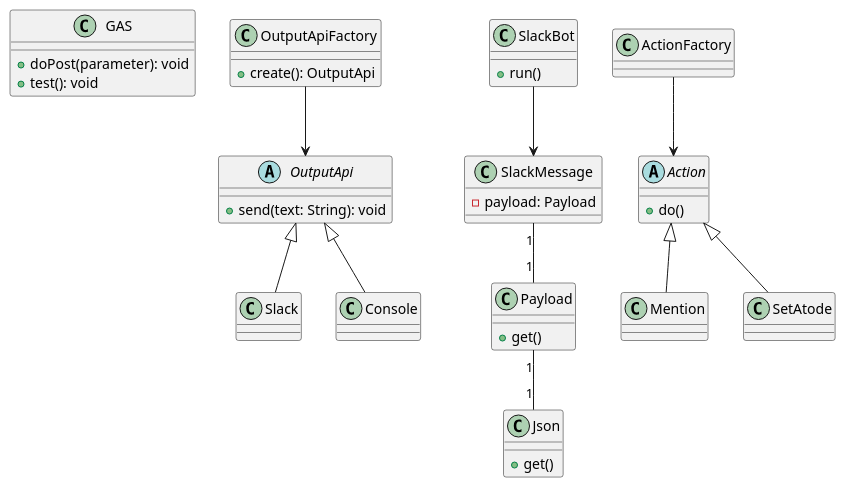
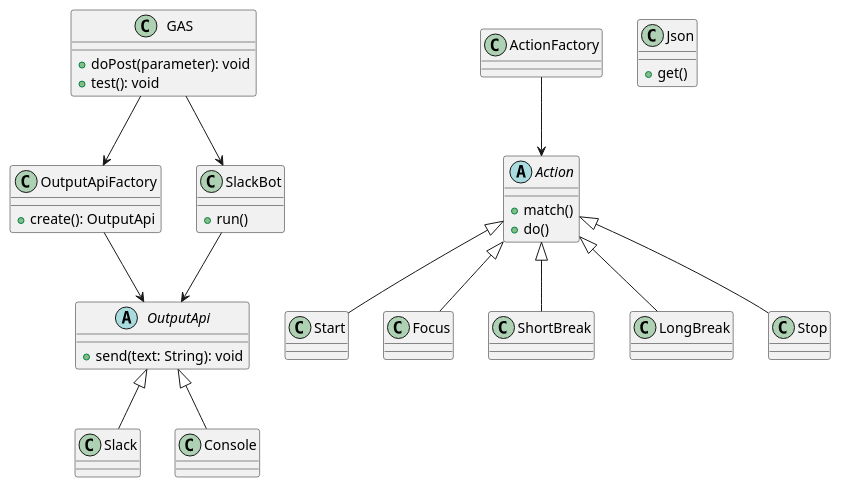
The diagram in doc/class.pu (cajonito/atode), drawn with PlantUML before and after one commit. The commit also changed 1 other file, not shown here.

Commit message:
クラス図とステート図の作成 #33

```diff
--- a/doc/class.pu
+++ b/doc/class.pu
@@ -1,54 +1,52 @@
 @startuml class
 class GAS {
   + doPost(parameter): void
   + test(): void
 }
 
 class OutputApiFactory {
   + create(): OutputApi
 }
 
 abstract OutputApi {
   + send(text: String): void
 }
 
 class Slack
 class Console
 
 OutputApi <|-- Slack
 OutputApi <|-- Console
 OutputApiFactory --> OutputApi
 
 class SlackBot {
   + run()
 }
+
+GAS --> SlackBot
+GAS --> OutputApiFactory
+SlackBot --> OutputApi
+
 class ActionFactory
 abstract Action {
+  + match()
   + do()
 }
-class Mention
-class SetAtode
+class Start
+class Focus
+class ShortBreak
+class LongBreak
+class Stop
 
 ActionFactory --> Action
-Action <|-- Mention
-Action <|-- SetAtode
-
-class SlackMessage {
-  - payload: Payload
-}
-
-class Payload {
-  + get()
-}
+Action <|-- Start
+Action <|-- Focus
+Action <|-- ShortBreak
+Action <|-- LongBreak
+Action <|-- Stop
 
 class Json {
   + get()
 }
 
-SlackMessage "1"--"1" Payload
-Payload "1"--"1" Json
-
-
-SlackBot --> SlackMessage
-
 @enduml
```
